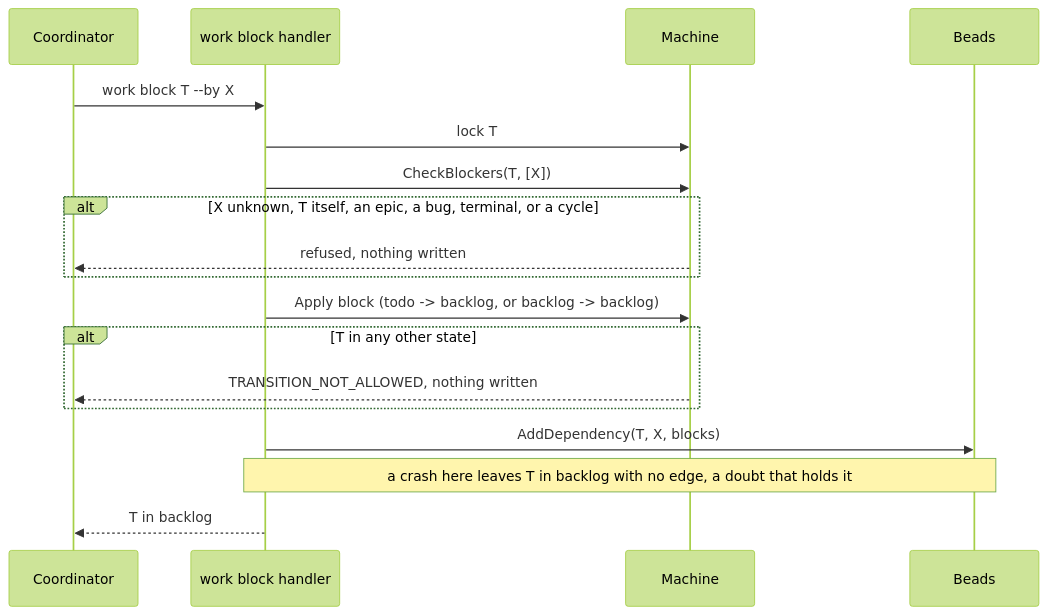
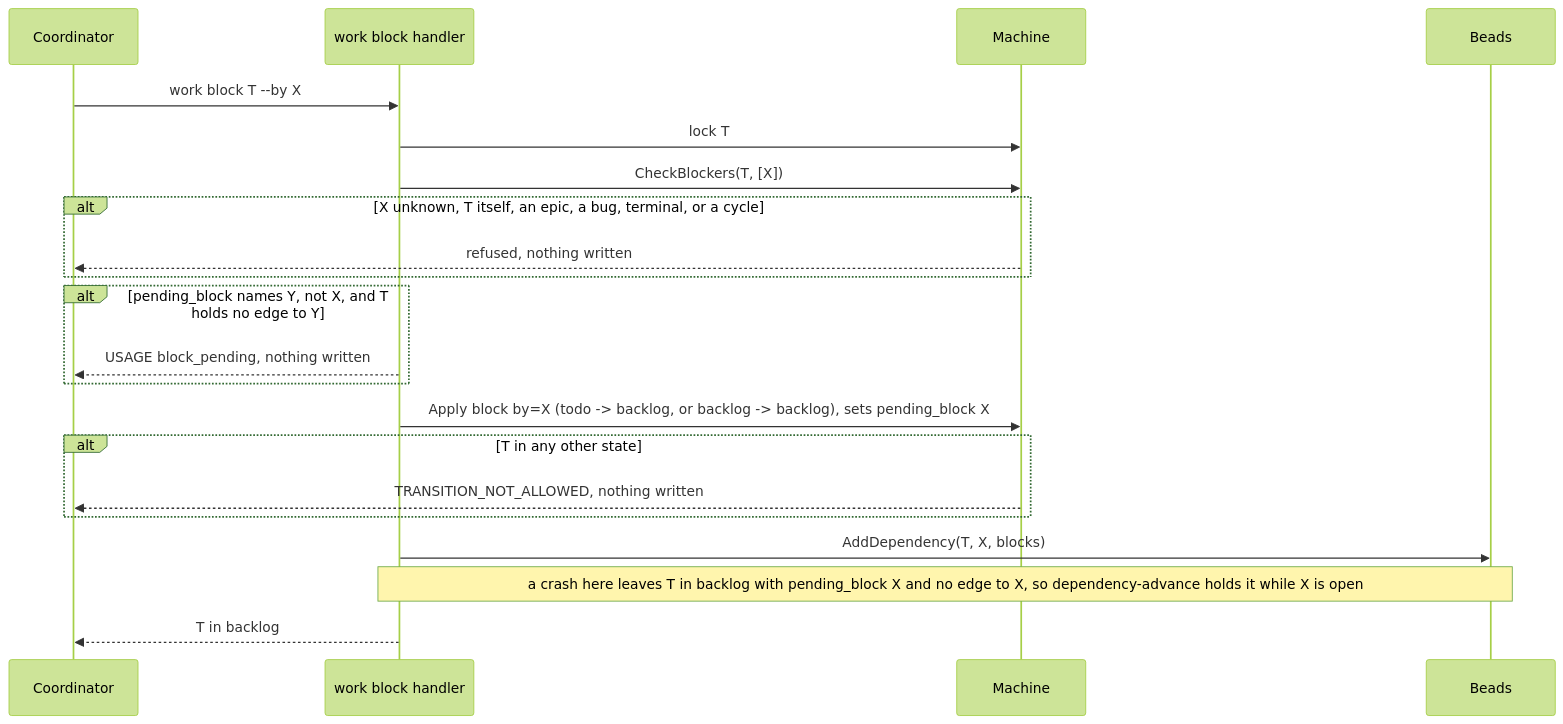
Before and after one commit to iantanwx/factory: the first of 6 diagrams in docs/plans/factorio-9wh-work-item-fields-spec.md, drawn with Mermaid (forest theme). The commit also changed other lines of this file, not shown here.

````diff
--- a/docs/plans/factorio-9wh-work-item-fields-spec.md
+++ b/docs/plans/factorio-9wh-work-item-fields-spec.md
@@ -440,20 +509,23 @@
 ```mermaid
 sequenceDiagram
     participant C as Coordinator
     participant V as work block handler
     participant M as Machine
     participant B as Beads
     C->>V: work block T --by X
     V->>M: lock T
     V->>M: CheckBlockers(T, [X])
     alt X unknown, T itself, an epic, a bug, terminal, or a cycle
         M-->>C: refused, nothing written
     end
-    V->>M: Apply block (todo -> backlog, or backlog -> backlog)
+    alt pending_block names Y, not X, and T holds no edge to Y
+        V-->>C: USAGE block_pending, nothing written
+    end
+    V->>M: Apply block by=X (todo -> backlog, or backlog -> backlog), sets pending_block X
     alt T in any other state
         M-->>C: TRANSITION_NOT_ALLOWED, nothing written
     end
     V->>B: AddDependency(T, X, blocks)
-    Note over V,B: a crash here leaves T in backlog with no edge, a doubt that holds it
+    Note over V,B: a crash here leaves T in backlog with pending_block X and no edge to X, so dependency-advance holds it while X is open
     V-->>C: T in backlog
 ```
````
